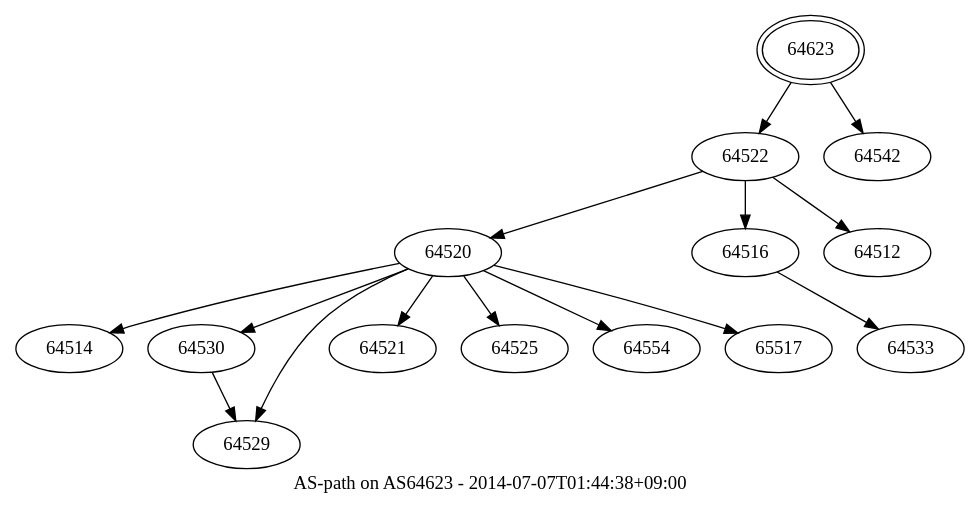
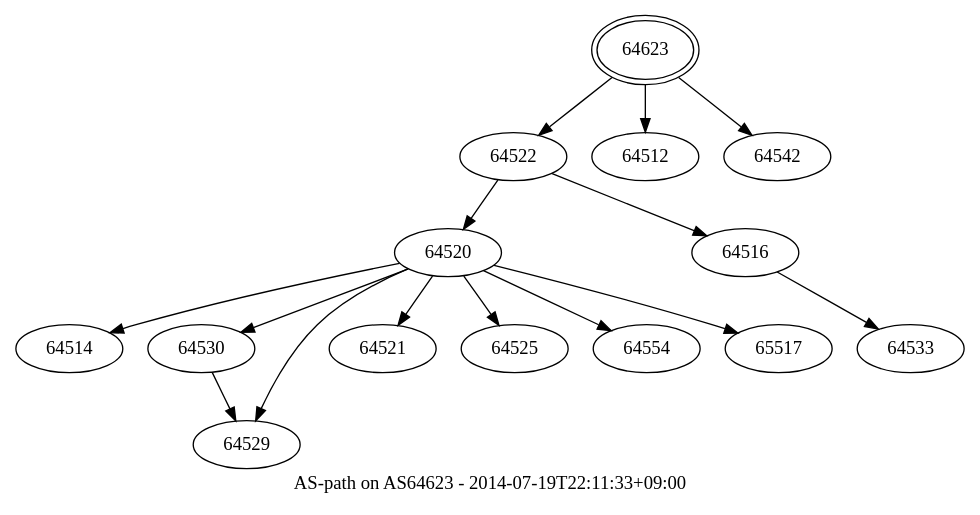
The diagram in aspath/as64623.gv (Flast/flast.github.io), drawn with Graphviz before and after one commit. The commit also changed 1 other file, not shown here.

Commit message:
Update AS path

```diff
--- a/aspath/as64623.gv
+++ b/aspath/as64623.gv
@@ -1,81 +1,81 @@
 digraph aspath {
 	graph [bb="0,0,599,355",
 		center="",
-		label="AS-path on AS64623 - 2014-07-07T01:44:38+09:00",
+		label="AS-path on AS64623 - 2014-07-19T22:11:33+09:00",
 		lheight=0.21,
 		lp="299.5,11.5",
 		lwidth=4.00
 	];
 	node [label="\N"];
 	64623	 [height=0.61111,
 		label=64623,
 		peripheries=2,
-		pos="524,333",
+		pos="462,333",
 		width=1.0069];
 	64522	 [height=0.5,
 		label=64522,
-		pos="483,257",
+		pos="379,257",
 		width=0.89579];
-	64623 -> 64522	 [pos="e,492.25,274.7 512.8,311.78 507.96,303.05 502.25,292.74 497.12,283.49"];
+	64623 -> 64522	 [pos="e,395.46,272.67 442.33,314.46 430.61,304.02 415.65,290.67 403.21,279.58"];
+	64512	 [height=0.5,
+		label=64512,
+		pos="462,257",
+		width=0.89579];
+	64623 -> 64512	 [pos="e,462,275.31 462,310.99 462,303.06 462,293.91 462,285.48"];
 	64542	 [height=0.5,
 		label=64542,
-		pos="566,257",
+		pos="545,257",
 		width=0.89579];
-	64623 -> 64542	 [pos="e,556.52,274.7 535.48,311.78 540.43,303.05 546.28,292.74 551.53,283.49"];
+	64623 -> 64542	 [pos="e,528.54,272.67 481.67,314.46 493.39,304.02 508.35,290.67 520.79,279.58"];
 	64520	 [height=0.5,
 		label=64520,
 		pos="276,185",
 		width=0.89579];
-	64522 -> 64520	 [pos="e,303.07,195.15 455.94,246.85 419.29,234.46 353.75,212.29 312.69,198.41"];
+	64522 -> 64520	 [pos="e,295.8,199.46 359.14,242.5 343.61,231.95 321.81,217.13 304.43,205.32"];
 	64516	 [height=0.5,
 		label=64516,
 		pos="483,185",
 		width=0.89579];
-	64522 -> 64516	 [pos="e,483,203.1 483,238.7 483,230.98 483,221.71 483,213.11"];
-	64512	 [height=0.5,
-		label=64512,
-		pos="566,185",
-		width=0.89579];
-	64522 -> 64512	 [pos="e,548.82,200.49 500.2,241.5 511.99,231.55 527.84,218.19 541.02,207.07"];
+	64522 -> 64516	 [pos="e,463.01,199.46 399.05,242.5 414.73,231.95 436.75,217.13 454.3,205.32"];
 	64514	 [height=0.5,
 		label=64514,
 		pos="32,113",
 		width=0.89579];
 	64520 -> 64514	 [pos="e,56.678,124.6 246.55,177.52 206.91,168.52 134.39,151.05 74,131 71.429,130.15 68.79,129.21 66.147,128.24"];
 	64530	 [height=0.5,
 		label=64530,
 		pos="115,113",
 		width=0.89579];
 	64520 -> 64530	 [pos="e,139.57,124.68 251.2,173.22 223.82,161.31 179.58,142.08 148.98,128.77"];
 	64529	 [height=0.5,
 		label=64529,
 		pos="145,41",
 		width=0.89579];
 	64520 -> 64529	 [pos="e,151.37,58.978 252.2,172.7 234.51,163.4 210.64,148.86 194,131 176.9,112.65 163.68,87.221 155.3,68.243"];
 	64521	 [height=0.5,
 		label=64521,
 		pos="235,113",
 		width=0.89579];
 	64520 -> 64521	 [pos="e,244.74,130.63 266.49,167.76 261.54,159.32 255.38,148.8 249.83,139.31"];
 	64525	 [height=0.5,
 		label=64525,
 		pos="318,113",
 		width=0.89579];
 	64520 -> 64525	 [pos="e,308.02,130.63 285.74,167.76 290.81,159.32 297.12,148.8 302.81,139.31"];
 	64554	 [height=0.5,
 		label=64554,
 		pos="401,113",
 		width=0.89579];
 	64520 -> 64554	 [pos="e,378.74,126.47 298.06,171.65 318.02,160.47 347.62,143.89 369.96,131.38"];
 	65517	 [height=0.5,
 		label=65517,
 		pos="484,113",
 		width=0.89579];
 	64520 -> 65517	 [pos="e,458.8,124.56 303.83,175.82 336.97,165.91 393.92,148.38 442,131 444.4,130.13 446.86,129.22 449.33,128.27"];
 	64530 -> 64529	 [pos="e,137.73,58.956 122.11,95.411 125.57,87.335 129.82,77.431 133.71,68.355"];
 	64533	 [height=0.5,
 		label=64533,
 		pos="567,113",
 		width=0.89579];
 	64516 -> 64533	 [pos="e,549.62,128.49 500.4,169.5 512.34,159.55 528.38,146.19 541.72,135.07"];
 }
```
